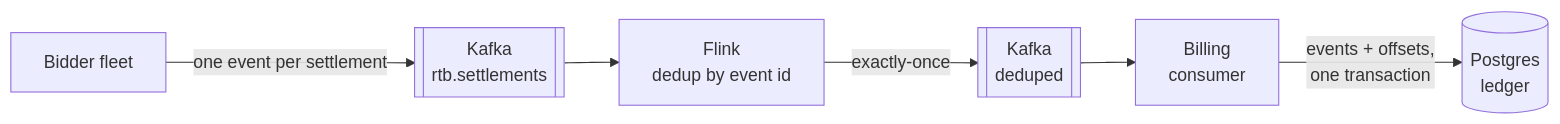
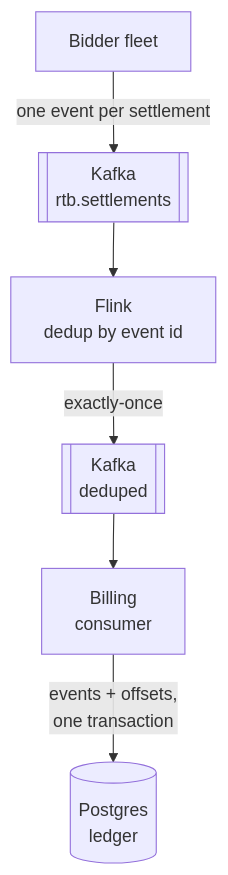
The second of 2 diagrams in README.md (Sakshi3027/rtb-platform), drawn with Mermaid before and after one commit.

Commit message:
docs: render settlement pipeline top to bottom

````diff
--- a/README.md
+++ b/README.md
@@ -44,8 +44,8 @@
 ```mermaid
-flowchart LR
+flowchart TB
     FLEET["Bidder fleet"] -->|"one event per settlement"| K1[["Kafka<br/>rtb.settlements"]]
     K1 --> FLINK["Flink<br/>dedup by event id"]
     FLINK -->|"exactly-once"| K2[["Kafka<br/>deduped"]]
     K2 --> BILL["Billing<br/>consumer"]
     BILL -->|"events + offsets,<br/>one transaction"| PG[("Postgres<br/>ledger")]
 ```
````
